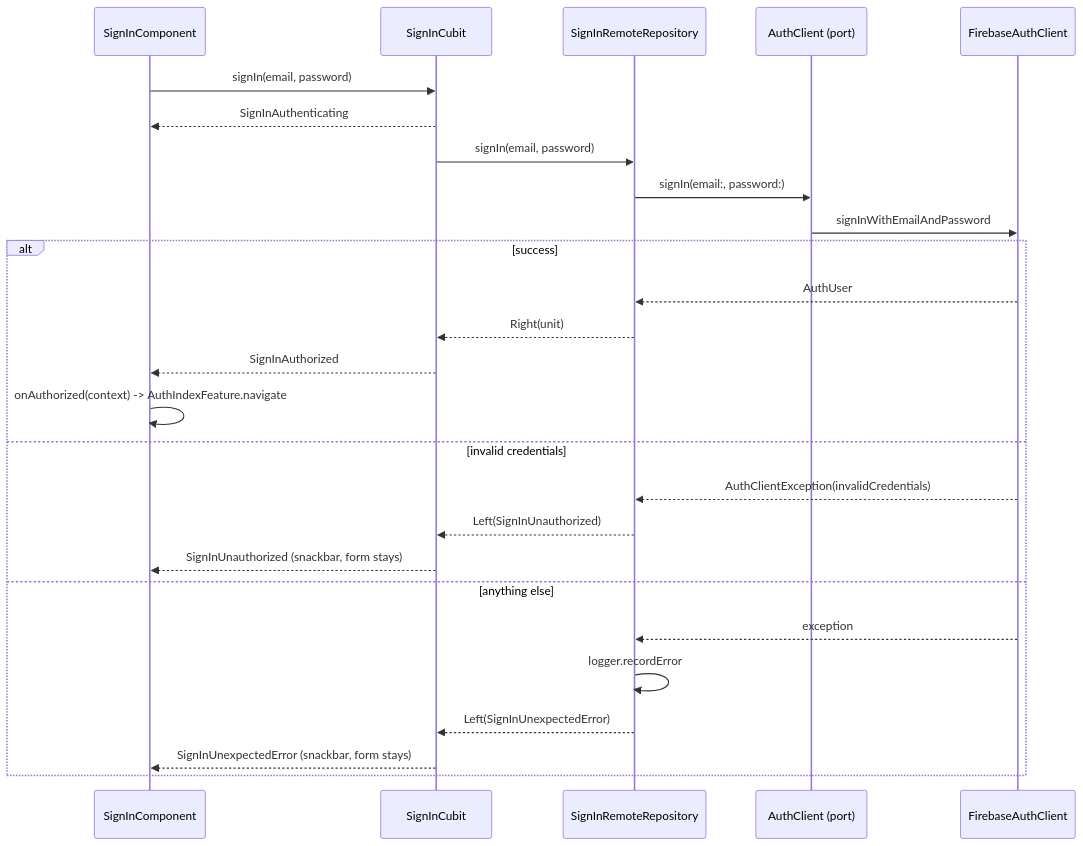
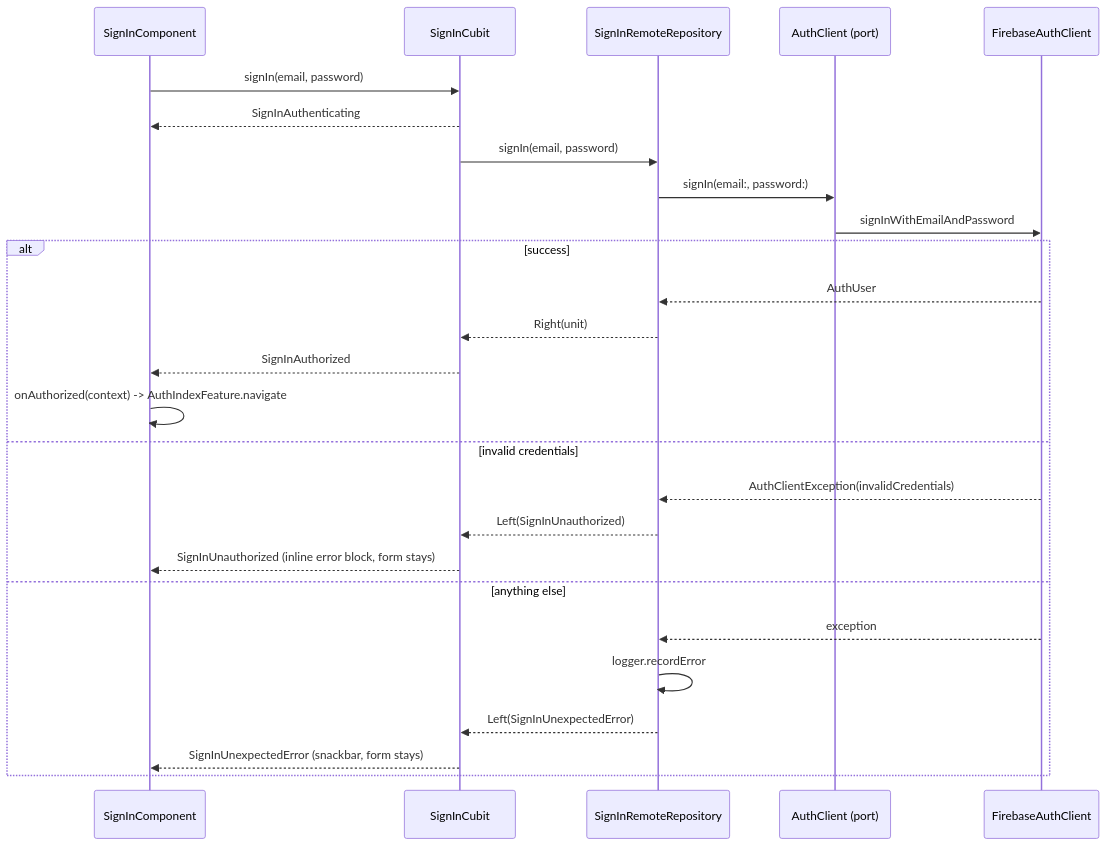
The second of 2 diagrams in docs/architecture.md (juanagu/flutter-clean-architecture-medium), drawn with Mermaid before and after one commit. The commit also changed other lines of this file and 54 other files, not shown here.

````diff
--- a/docs/architecture.md
+++ b/docs/architecture.md
@@ -131,28 +139,28 @@
 ```mermaid
 sequenceDiagram
   participant W as SignInComponent
   participant C as SignInCubit
   participant R as SignInRemoteRepository
   participant P as AuthClient (port)
   participant F as FirebaseAuthClient
   W->>C: signIn(email, password)
   C-->>W: SignInAuthenticating
   C->>R: signIn(email, password)
   R->>P: signIn(email:, password:)
   P->>F: signInWithEmailAndPassword
   alt success
     F-->>R: AuthUser
     R-->>C: Right(unit)
     C-->>W: SignInAuthorized
     W->>W: onAuthorized(context) -> AuthIndexFeature.navigate
   else invalid credentials
     F-->>R: AuthClientException(invalidCredentials)
     R-->>C: Left(SignInUnauthorized)
-    C-->>W: SignInUnauthorized (snackbar, form stays)
+    C-->>W: SignInUnauthorized (inline error block, form stays)
   else anything else
     F-->>R: exception
     R->>R: logger.recordError
     R-->>C: Left(SignInUnexpectedError)
     C-->>W: SignInUnexpectedError (snackbar, form stays)
   end
 ```
````
